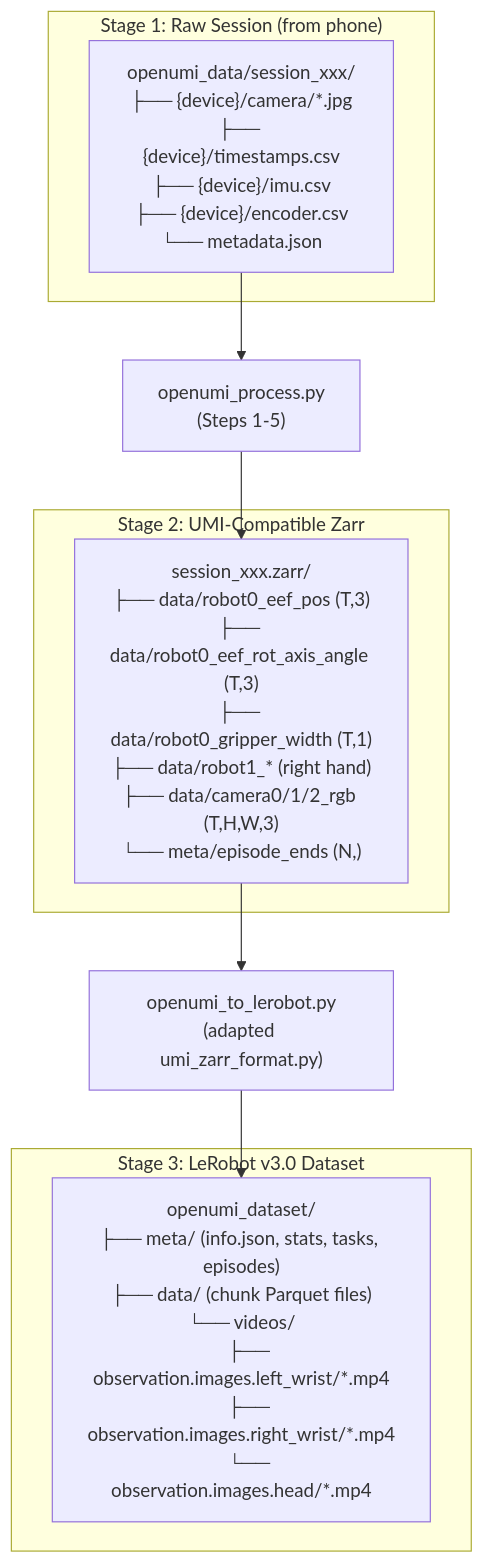
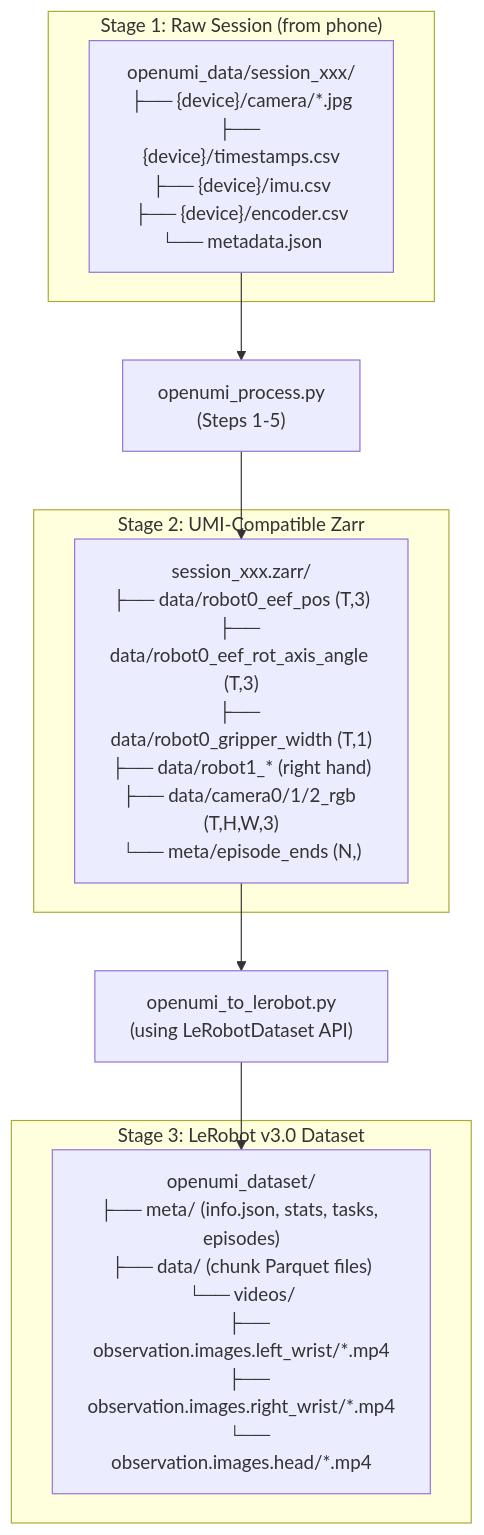
Before and after one commit to Auromix/OpenUMI: the seventh of 8 diagrams in docs/design/system-design.md, drawn with Mermaid. The commit also changed other lines of this file and 1 other file, not shown here.

````diff
--- a/docs/design/system-design.md
+++ b/docs/design/system-design.md
@@ -610,20 +630,20 @@
 ```mermaid
 graph TD
     subgraph S1["Stage 1: Raw Session (from phone)"]
         RAW["openumi_data/session_xxx/<br/>├── {device}/camera/*.jpg<br/>├── {device}/timestamps.csv<br/>├── {device}/imu.csv<br/>├── {device}/encoder.csv<br/>└── metadata.json"]
     end
 
     PROC["openumi_process.py<br/>(Steps 1-5)"]
 
     subgraph S2["Stage 2: UMI-Compatible Zarr"]
         ZARR["session_xxx.zarr/<br/>├── data/robot0_eef_pos (T,3)<br/>├── data/robot0_eef_rot_axis_angle (T,3)<br/>├── data/robot0_gripper_width (T,1)<br/>├── data/robot1_* (right hand)<br/>├── data/camera0/1/2_rgb (T,H,W,3)<br/>└── meta/episode_ends (N,)"]
     end
 
-    CONV["openumi_to_lerobot.py<br/>(adapted umi_zarr_format.py)"]
+    CONV["openumi_to_lerobot.py<br/>(using LeRobotDataset API)"]
 
     subgraph S3["Stage 3: LeRobot v3.0 Dataset"]
         LR["openumi_dataset/<br/>├── meta/ (info.json, stats, tasks, episodes)<br/>├── data/ (chunk Parquet files)<br/>└── videos/<br/>    ├── observation.images.left_wrist/*.mp4<br/>    ├── observation.images.right_wrist/*.mp4<br/>    └── observation.images.head/*.mp4"]
     end
 
     RAW --> PROC --> ZARR --> CONV --> LR
 ```
````
